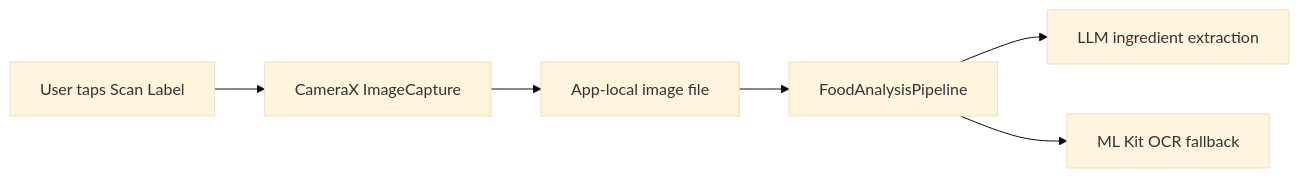
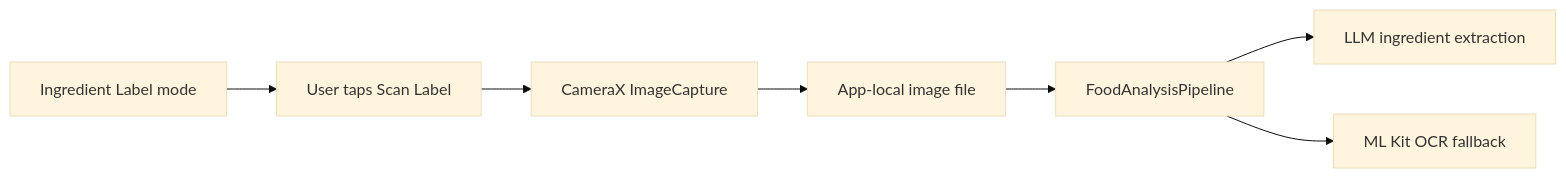
Before and after one commit to benevolentbandwidth/ultraprocessed: the first of 3 diagrams in documentation/03-camera-ocr-barcode.md, drawn with Mermaid (base theme). The commit also changed other lines of this file and 127 other files, not shown here.

````diff
--- a/documentation/03-camera-ocr-barcode.md
+++ b/documentation/03-camera-ocr-barcode.md
@@ -19,8 +19,9 @@
 ```mermaid
 flowchart LR
-    User[User taps Scan Label] --> CameraX[CameraX ImageCapture]
+    Mode[Ingredient Label mode] --> User[User taps Scan Label]
+    User --> CameraX[CameraX ImageCapture]
     CameraX --> File[App-local image file]
     File --> Analysis[FoodAnalysisPipeline]
     Analysis --> LLM[LLM ingredient extraction]
     Analysis --> OCR[ML Kit OCR fallback]
 ```
````
